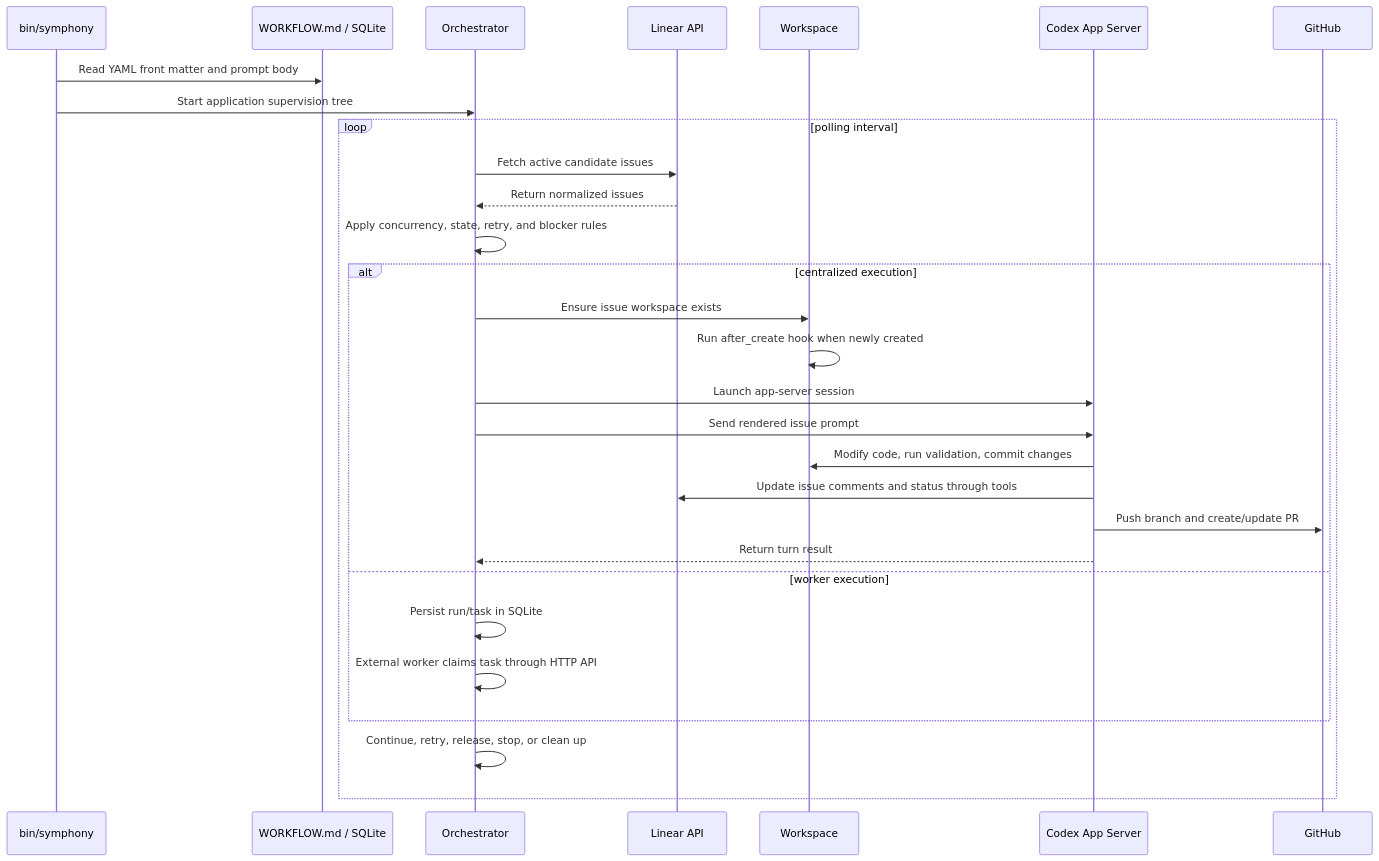
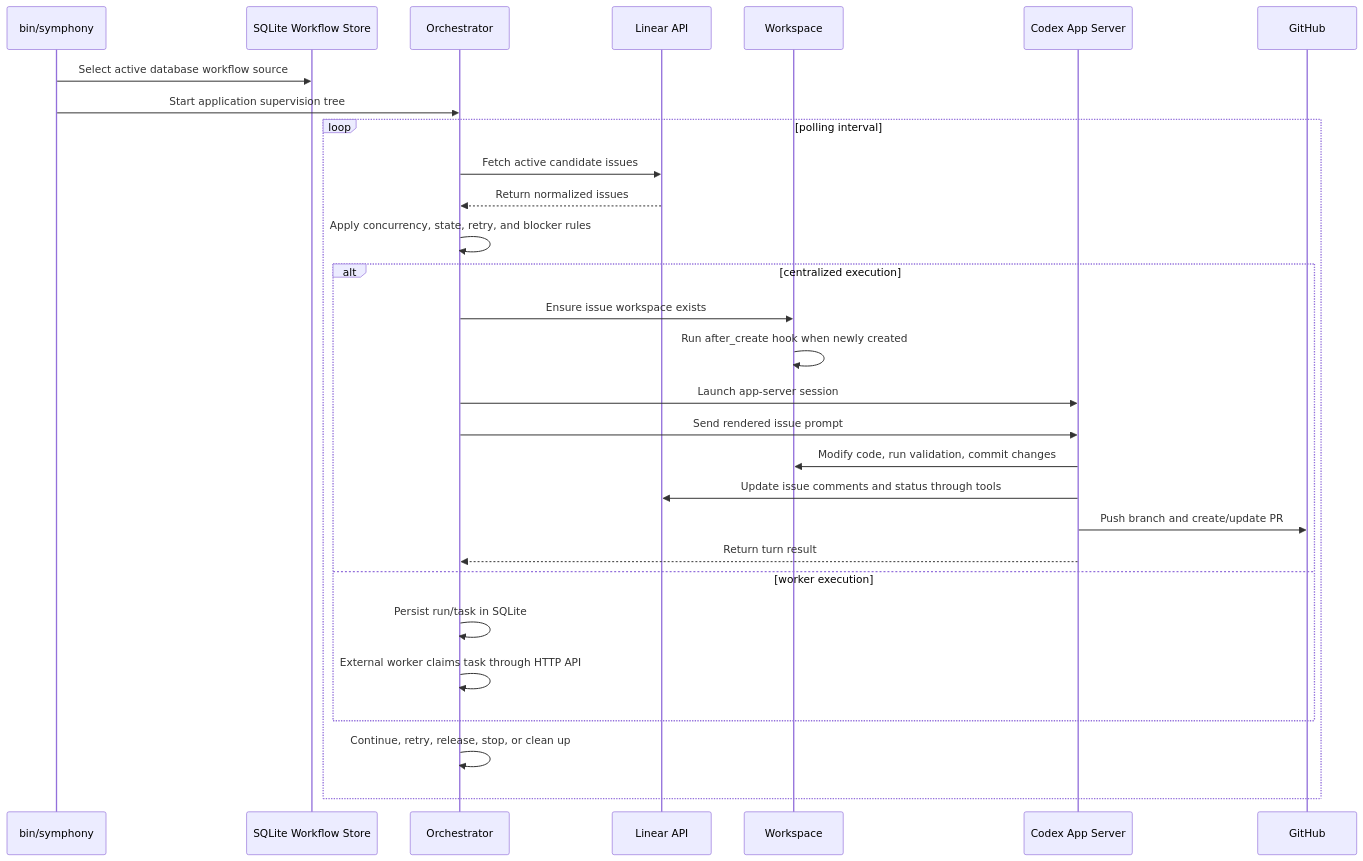
One commit to VikingMew/symphony changed the second of 2 diagrams in ARCHITECTURE.md. Above: the diagram before and after it, drawn with Mermaid. The commit also changed other lines of this file and 10 other files, not shown here.

````diff
--- a/ARCHITECTURE.md
+++ b/ARCHITECTURE.md
@@ -76,33 +75,33 @@
 ```mermaid
 sequenceDiagram
     participant CLI as bin/symphony
-    participant Workflow as WORKFLOW.md / SQLite
+    participant Workflow as SQLite Workflow Store
     participant Orch as Orchestrator
     participant Linear as Linear API
     participant WS as Workspace
     participant Codex as Codex App Server
     participant GitHub as GitHub
 
-    CLI->>Workflow: Read YAML front matter and prompt body
+    CLI->>Workflow: Select active database workflow source
     CLI->>Orch: Start application supervision tree
 
     loop polling interval
         Orch->>Linear: Fetch active candidate issues
         Linear-->>Orch: Return normalized issues
         Orch->>Orch: Apply concurrency, state, retry, and blocker rules
         alt centralized execution
             Orch->>WS: Ensure issue workspace exists
             WS->>WS: Run after_create hook when newly created
             Orch->>Codex: Launch app-server session
             Orch->>Codex: Send rendered issue prompt
             Codex->>WS: Modify code, run validation, commit changes
             Codex->>Linear: Update issue comments and status through tools
             Codex->>GitHub: Push branch and create/update PR
             Codex-->>Orch: Return turn result
         else worker execution
             Orch->>Orch: Persist run/task in SQLite
             Orch->>Orch: External worker claims task through HTTP API
         end
         Orch->>Orch: Continue, retry, release, stop, or clean up
     end
 ```
````
